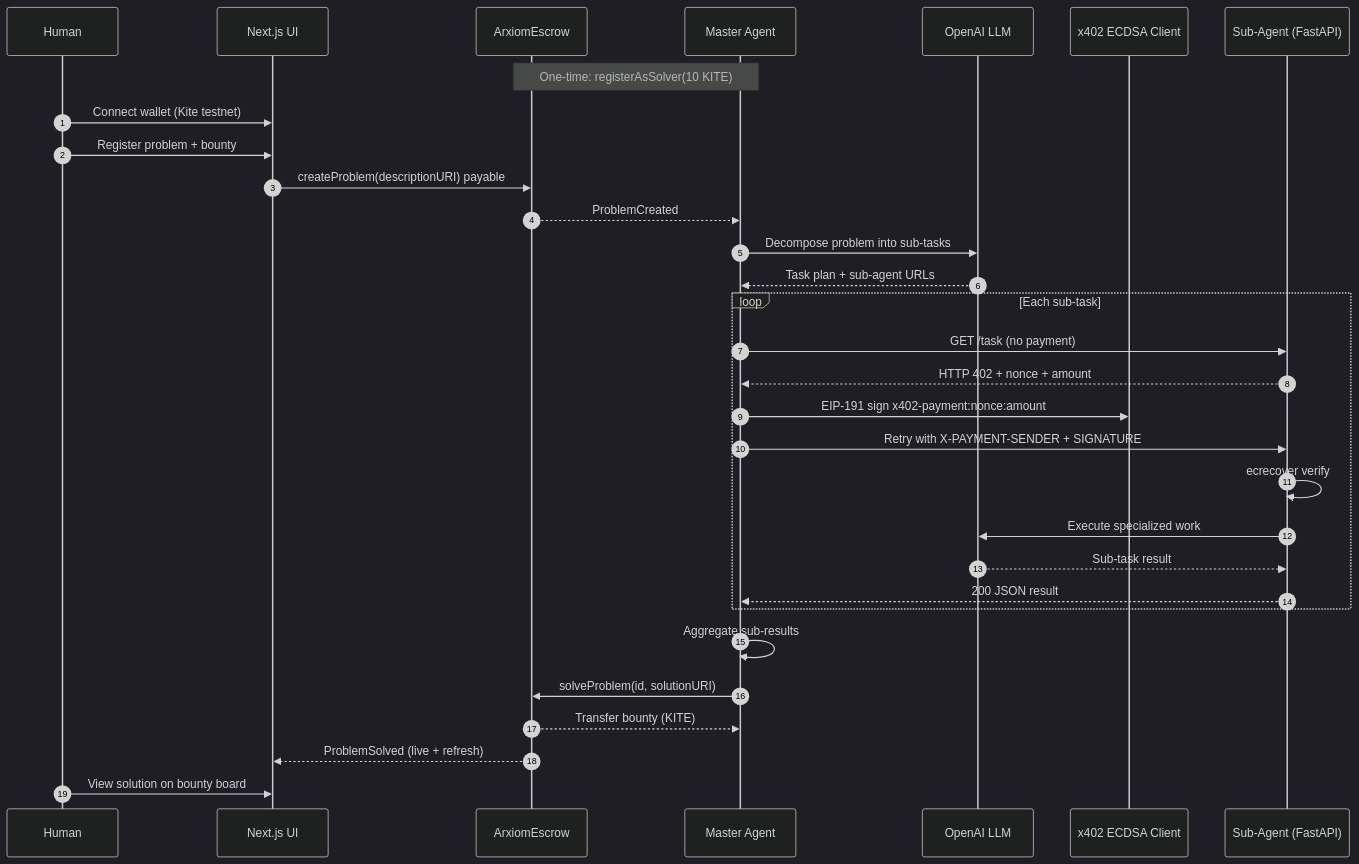
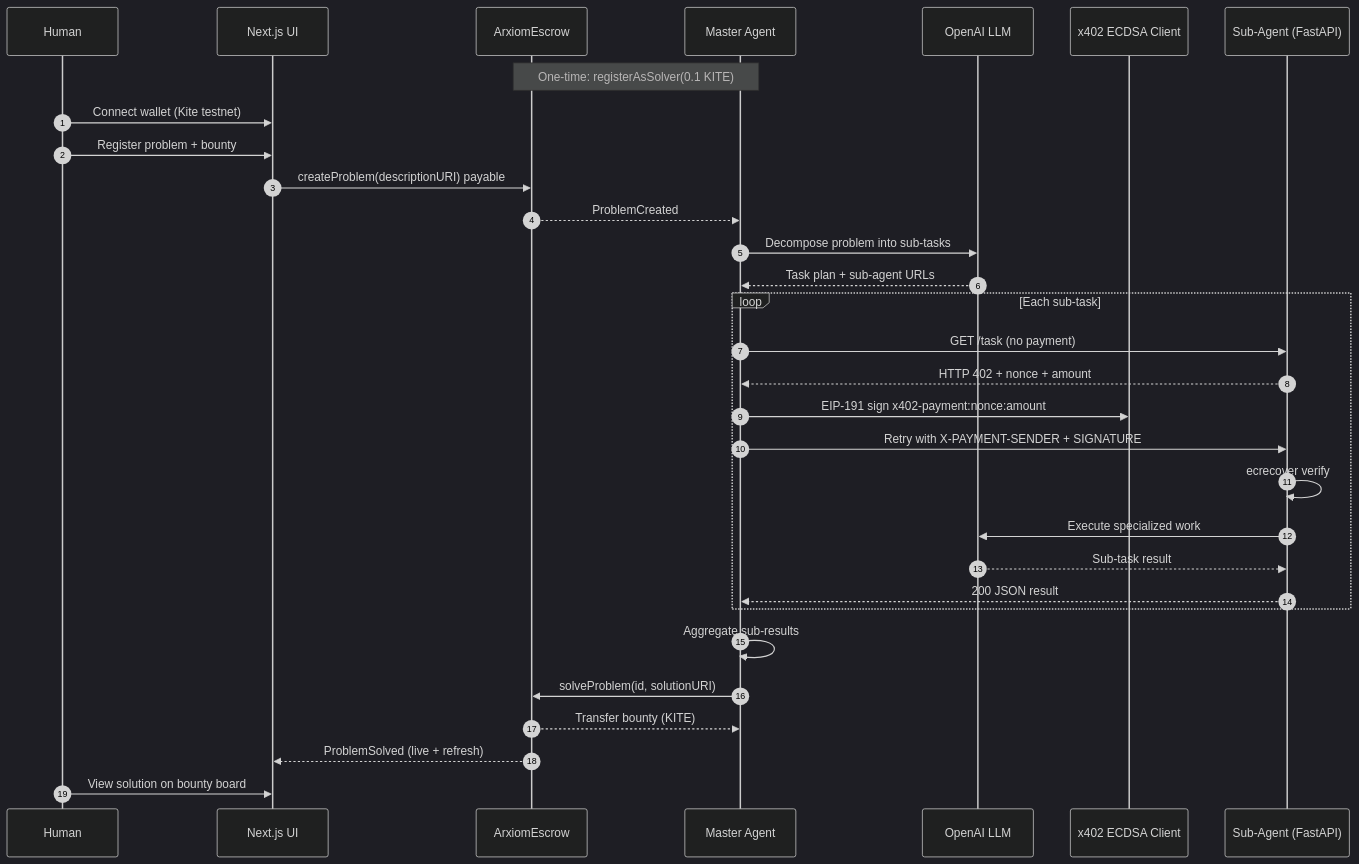
One commit to dorakingx/arxiom changed the second of 2 diagrams in README.md. Above: the diagram before and after it, drawn with Mermaid (dark theme). The commit also changed other lines of this file and 2 other files, not shown here.

First line of the commit message:
Lower solver stake to 0.1 KITE and add demo recording checklist.

````diff
--- a/README.md
+++ b/README.md
@@ -64,38 +64,38 @@
 ```mermaid
 sequenceDiagram
     autonumber
     participant Human
     participant Frontend as Next.js UI
     participant Escrow as ArxiomEscrow
     participant Master as Master Agent
     participant OpenAI as OpenAI LLM
     participant X402 as x402 ECDSA Client
     participant Sub as Sub-Agent (FastAPI)
 
-    Note over Master,Escrow: One-time: registerAsSolver(10 KITE)
+    Note over Master,Escrow: One-time: registerAsSolver(0.1 KITE)
 
     Human->>Frontend: Connect wallet (Kite testnet)
     Human->>Frontend: Register problem + bounty
     Frontend->>Escrow: createProblem(descriptionURI) payable
     Escrow-->>Master: ProblemCreated
 
     Master->>OpenAI: Decompose problem into sub-tasks
     OpenAI-->>Master: Task plan + sub-agent URLs
 
     loop Each sub-task
         Master->>Sub: GET /task (no payment)
         Sub-->>Master: HTTP 402 + nonce + amount
         Master->>X402: EIP-191 sign x402-payment:nonce:amount
         Master->>Sub: Retry with X-PAYMENT-SENDER + SIGNATURE
         Sub->>Sub: ecrecover verify
         Sub->>OpenAI: Execute specialized work
         OpenAI-->>Sub: Sub-task result
         Sub-->>Master: 200 JSON result
     end
 
     Master->>Master: Aggregate sub-results
     Master->>Escrow: solveProblem(id, solutionURI)
     Escrow-->>Master: Transfer bounty (KITE)
     Escrow-->>Frontend: ProblemSolved (live + refresh)
     Human->>Frontend: View solution on bounty board
 ```
````
